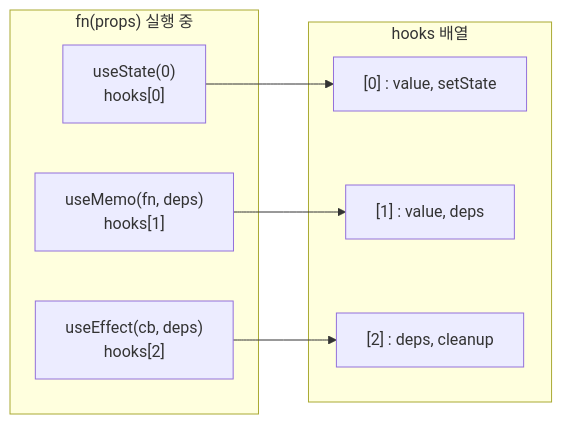
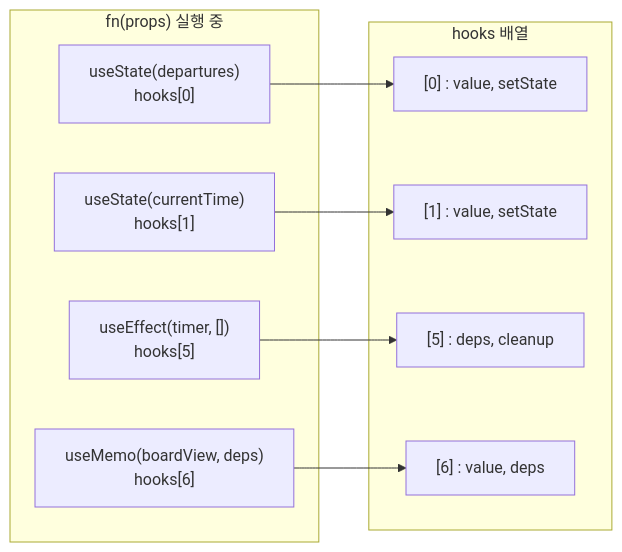
Before and after one commit to Jungle-12-303/week5.5_react: the third of 10 diagrams in README.md, drawn with Mermaid. The commit also changed other lines of this file, not shown here.

````diff
--- a/README.md
+++ b/README.md
@@ -312,18 +100,21 @@
 ```mermaid
 flowchart LR
     subgraph render["fn(props) 실행 중"]
-        H1["useState(0)<br>hooks[0]"]
-        H2["useMemo(fn, deps)<br>hooks[1]"]
-        H3["useEffect(cb, deps)<br>hooks[2]"]
+        H1["useState(departures)<br>hooks[0]"]
+        H2["useState(currentTime)<br>hooks[1]"]
+        H3["useEffect(timer, [])<br>hooks[5]"]
+        H4["useMemo(boardView, deps)<br>hooks[6]"]
     end
 
     subgraph slots["hooks 배열"]
         S0["[0] : value, setState"]
-        S1["[1] : value, deps"]
-        S2["[2] : deps, cleanup"]
+        S1["[1] : value, setState"]
+        S5["[5] : deps, cleanup"]
+        S6["[6] : value, deps"]
     end
 
     H1 --> S0
     H2 --> S1
-    H3 --> S2
+    H3 --> S5
+    H4 --> S6
 ```
````
